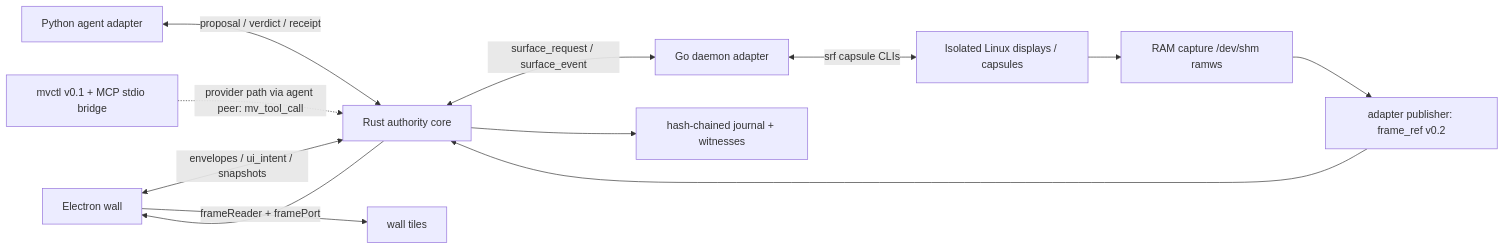
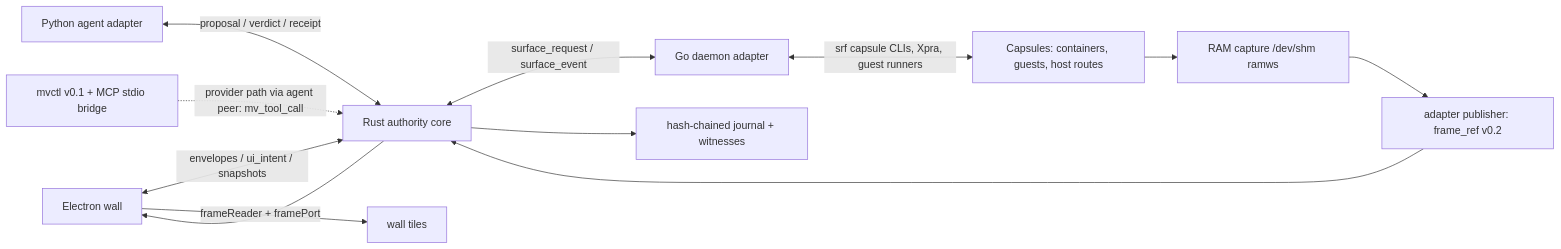
Before and after one commit to oguirado/MetaViewer: the first of 4 diagrams in docs/ARCHITECTURE.md, drawn with Mermaid. The commit also changed other lines of this file and 6 other files, not shown here.

````diff
--- a/docs/ARCHITECTURE.md
+++ b/docs/ARCHITECTURE.md
@@ -19,14 +19,14 @@
 ```mermaid
 flowchart LR
     UI[Electron wall] <-->|envelopes / ui_intent / snapshots| CORE[Rust authority core]
     CORE <-->|surface_request / surface_event| ADAPTER[Go daemon adapter]
-    ADAPTER <-->|srf capsule CLIs| CAPS[Isolated Linux displays / capsules]
+    ADAPTER <-->|srf capsule CLIs, Xpra, guest runners| CAPS[Capsules: containers, guests, host routes]
     CAPS --> RAM[RAM capture /dev/shm ramws]
     RAM --> PUB[adapter publisher: frame_ref v0.2]
     PUB --> CORE
     CORE --> UI
     UI -->|frameReader + framePort| TILE[wall tiles]
     AGENT[Python agent adapter] <-->|proposal / verdict / receipt| CORE
     MVCTL[mvctl v0.1 + MCP stdio bridge] -.->|provider path via agent peer: mv_tool_call| CORE
     CORE --> LOG[hash-chained journal + witnesses]
 ```
````
